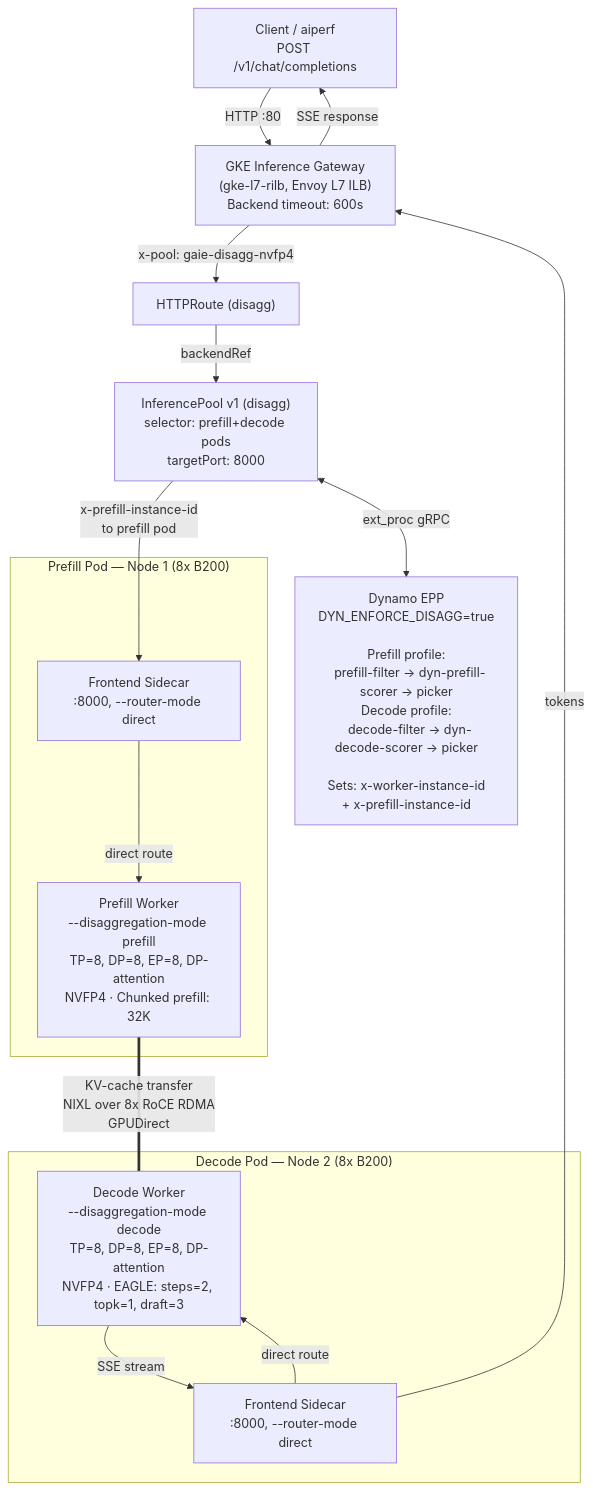
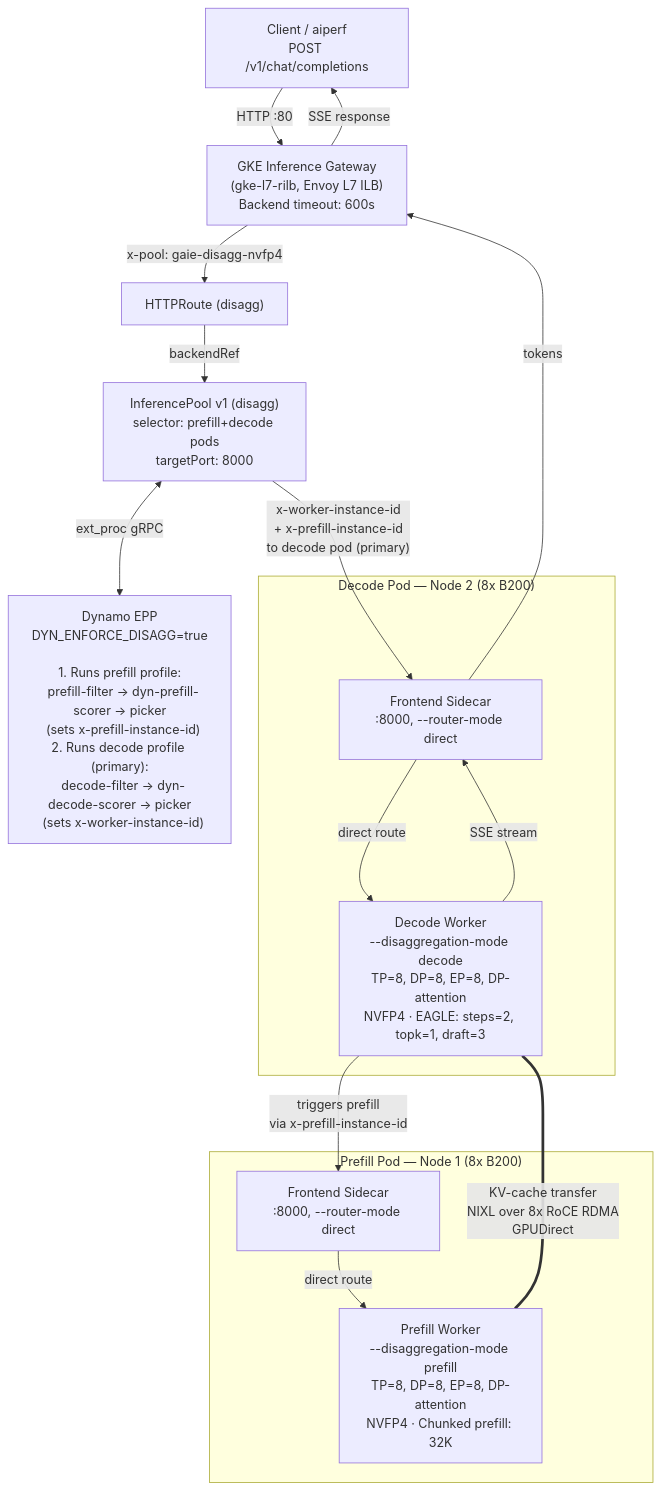
The second of 2 diagrams in examples/deployments/GKE/sglang/dynamo-gcp/dsv31-nvfp4-gaie/README.md (ai-dynamo/dynamo), drawn with Mermaid before and after one commit. The commit also changed other lines of this file, not shown here.

Commit message:
docs(examples): fix disagg Mermaid diagram to show decode as primary target

````diff
--- a/examples/deployments/GKE/sglang/dynamo-gcp/dsv31-nvfp4-gaie/README.md
+++ b/examples/deployments/GKE/sglang/dynamo-gcp/dsv31-nvfp4-gaie/README.md
@@ -43,32 +43,34 @@
 ```mermaid
 flowchart TB
     Client["Client / aiperf<br/>POST /v1/chat/completions"]
 
     Client -->|"HTTP :80"| GW["GKE Inference Gateway<br/>(gke-l7-rilb, Envoy L7 ILB)<br/>Backend timeout: 600s"]
 
     GW -->|"x-pool: gaie-disagg-nvfp4"| HR["HTTPRoute (disagg)"]
 
     HR -->|"backendRef"| IP["InferencePool v1 (disagg)<br/>selector: prefill+decode pods<br/>targetPort: 8000"]
 
-    IP <-->|"ext_proc gRPC"| EPP["Dynamo EPP<br/>DYN_ENFORCE_DISAGG=true<br/><br/>Prefill profile:<br/>  prefill-filter → dyn-prefill-scorer → picker<br/>Decode profile:<br/>  decode-filter → dyn-decode-scorer → picker<br/><br/>Sets: x-worker-instance-id<br/>+ x-prefill-instance-id"]
+    IP <-->|"ext_proc gRPC"| EPP["Dynamo EPP<br/>DYN_ENFORCE_DISAGG=true<br/><br/>1. Runs prefill profile:<br/>  prefill-filter → dyn-prefill-scorer → picker<br/>  (sets x-prefill-instance-id)<br/>2. Runs decode profile (primary):<br/>  decode-filter → dyn-decode-scorer → picker<br/>  (sets x-worker-instance-id)"]
 
-    IP -->|"x-prefill-instance-id<br/>to prefill pod"| PF_SC
+    IP -->|"x-worker-instance-id<br/>+ x-prefill-instance-id<br/>to decode pod (primary)"| DC_SC
+
+    subgraph DC_POD["Decode Pod — Node 2 (8x B200)"]
+        DC_SC["Frontend Sidecar<br/>:8000, --router-mode direct"]
+        DC_WK["Decode Worker<br/>--disaggregation-mode decode<br/>TP=8, DP=8, EP=8, DP-attention<br/>NVFP4 · EAGLE: steps=2, topk=1, draft=3"]
+        DC_SC -->|"direct route"| DC_WK
+    end
 
     subgraph PF_POD["Prefill Pod — Node 1 (8x B200)"]
         PF_SC["Frontend Sidecar<br/>:8000, --router-mode direct"]
         PF_WK["Prefill Worker<br/>--disaggregation-mode prefill<br/>TP=8, DP=8, EP=8, DP-attention<br/>NVFP4 · Chunked prefill: 32K"]
         PF_SC -->|"direct route"| PF_WK
     end
 
-    subgraph DC_POD["Decode Pod — Node 2 (8x B200)"]
-        DC_SC["Frontend Sidecar<br/>:8000, --router-mode direct"]
-        DC_WK["Decode Worker<br/>--disaggregation-mode decode<br/>TP=8, DP=8, EP=8, DP-attention<br/>NVFP4 · EAGLE: steps=2, topk=1, draft=3"]
-        DC_SC -->|"direct route"| DC_WK
-    end
+    DC_WK -->|"triggers prefill<br/>via x-prefill-instance-id"| PF_SC
 
     PF_WK ===|"KV-cache transfer<br/>NIXL over 8x RoCE RDMA<br/>GPUDirect"| DC_WK
 
     DC_WK -->|"SSE stream"| DC_SC
     DC_SC -->|"tokens"| GW
     GW -->|"SSE response"| Client
 ```
````
